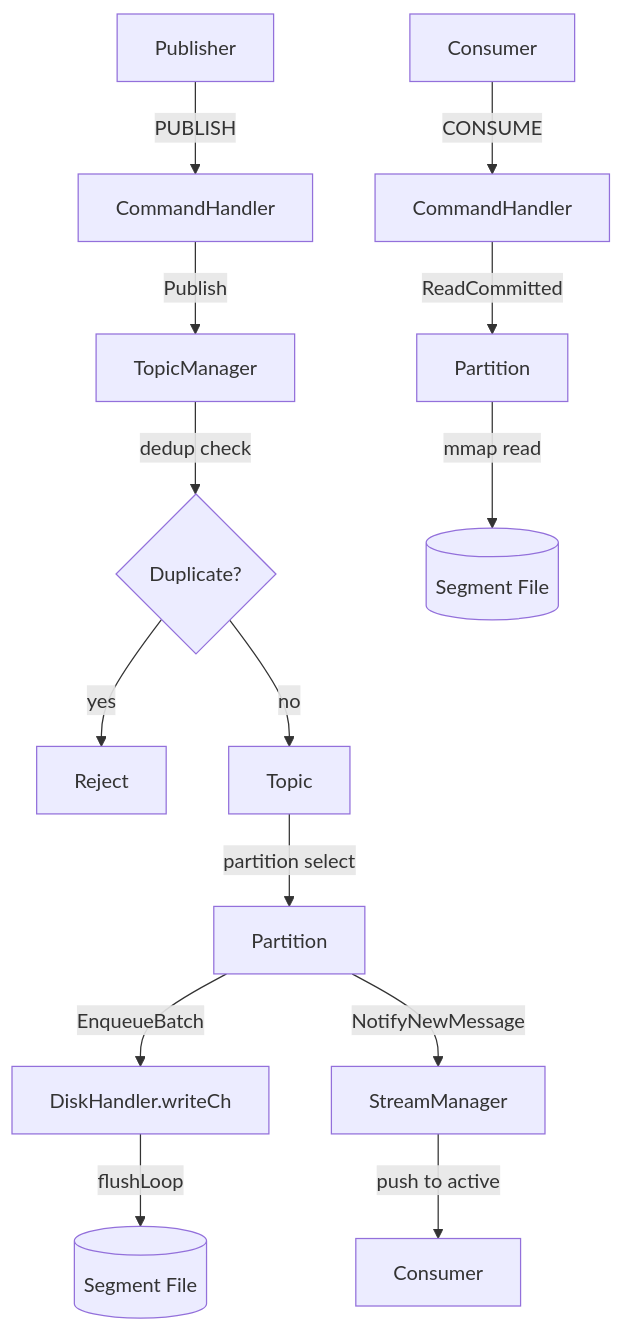
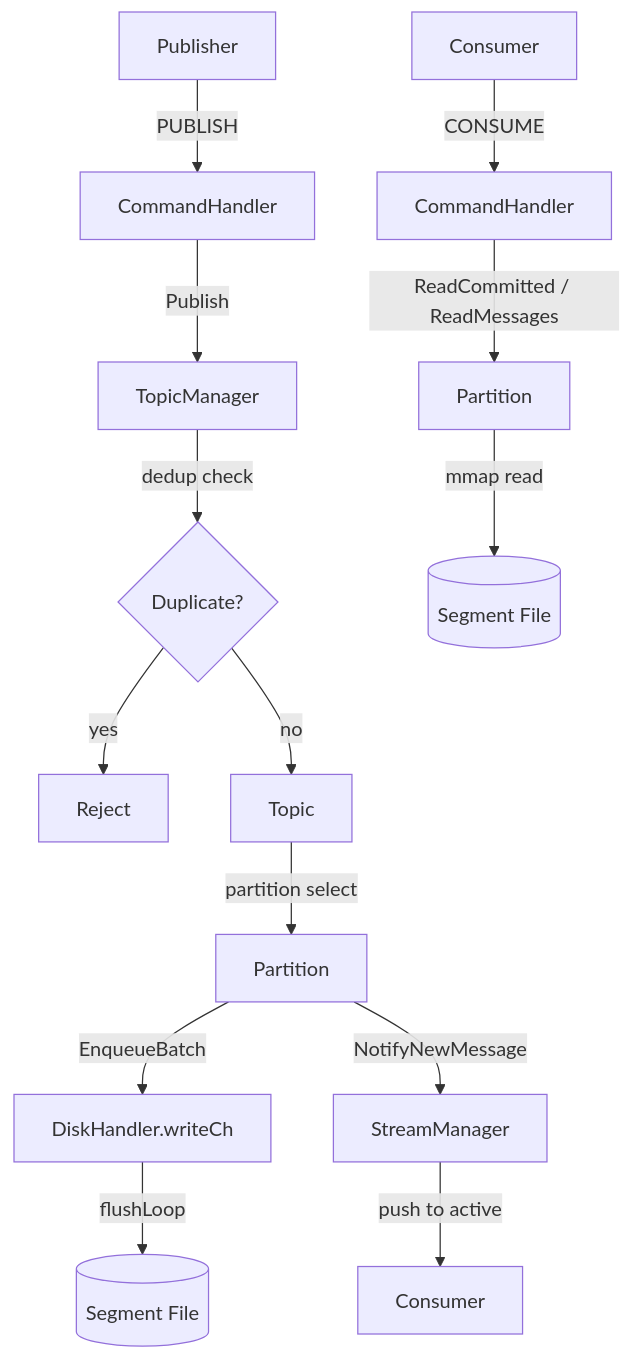
One commit to cursus-io/cursus changed the second of 2 diagrams in docs/core/message-flow.md. Above: the diagram before and after it, drawn with Mermaid. The commit also changed other lines of this file and 5 other files, not shown here.

````diff
--- a/docs/core/message-flow.md
+++ b/docs/core/message-flow.md
@@ -55,17 +55,17 @@
 ```mermaid
 graph TD
     PUB[Publisher] -->|PUBLISH| CMD[CommandHandler]
     CMD -->|Publish| TM[TopicManager]
     TM -->|dedup check| DM{Duplicate?}
     DM -->|yes| REJ[Reject]
     DM -->|no| TOP[Topic]
     TOP -->|partition select| PART[Partition]
     PART -->|EnqueueBatch| DH[DiskHandler.writeCh]
     DH -->|flushLoop| DISK[(Segment File)]
     PART -->|NotifyNewMessage| SM[StreamManager]
     SM -->|push to active| CONS[Consumer]
 
     CONS2[Consumer] -->|CONSUME| CMD2[CommandHandler]
-    CMD2 -->|ReadCommitted| PART2[Partition]
+    CMD2 -->|ReadCommitted / ReadMessages| PART2[Partition]
     PART2 -->|mmap read| DISK2[(Segment File)]
 ```
````
